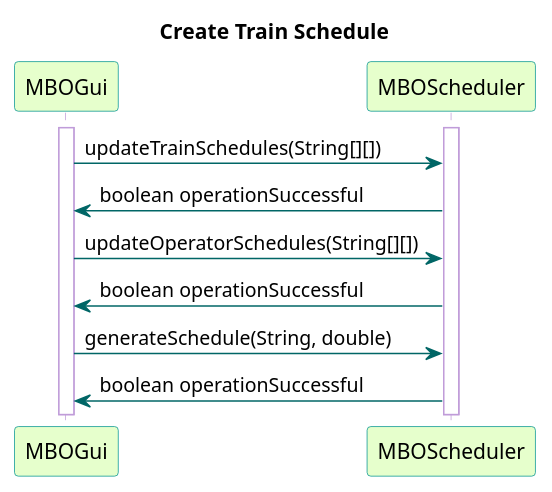
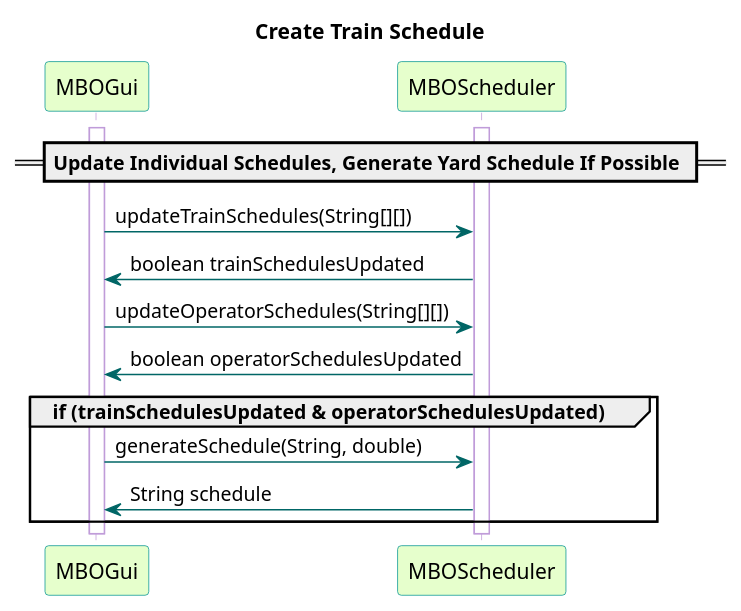
Before and after one commit to kevingilboy/COE1186: the diagram in TrainSystem/yUML/Sequence Diagrams/MBO/CreateTrainSchedule.pu, drawn with PlantUML. The commit also changed 7 other files, not shown here.

```diff
--- a/TrainSystem/yUML/Sequence Diagrams/MBO/CreateTrainSchedule.pu
+++ b/TrainSystem/yUML/Sequence Diagrams/MBO/CreateTrainSchedule.pu
@@ -1,26 +1,31 @@
 @startuml
 
 title Create Train Schedule
 
 skinparam sequence {
   BackgroundColor transparent
   ParticipantBackgroundColor #e6ffcc
   ParticipantBorderColor 	#049595
   PackageBorderCOlor  #049595
   ArrowColor #006666
   LifeLineBorderColor #c09cd9
 }
 
 participant MBOGui
 participant MBOScheduler
 
+== Update Individual Schedules, Generate Yard Schedule If Possible ==
+
 activate MBOGui
 activate MBOScheduler
 MBOGui -> MBOScheduler : updateTrainSchedules(String[][])
-MBOScheduler -> MBOGui : boolean operationSuccessful
+MBOScheduler -> MBOGui : boolean trainSchedulesUpdated
 MBOGui -> MBOScheduler : updateOperatorSchedules(String[][])
-MBOScheduler -> MBOGui : boolean operationSuccessful
-MBOGui -> MBOScheduler : generateSchedule(String, double)
-MBOScheduler -> MBOGui : boolean operationSuccessful
+MBOScheduler -> MBOGui : boolean operatorSchedulesUpdated
+
+group if (trainSchedulesUpdated & operatorSchedulesUpdated)
+	MBOGui -> MBOScheduler : generateSchedule(String, double)
+	MBOScheduler -> MBOGui : String schedule
+end
 
 @enduml
```
